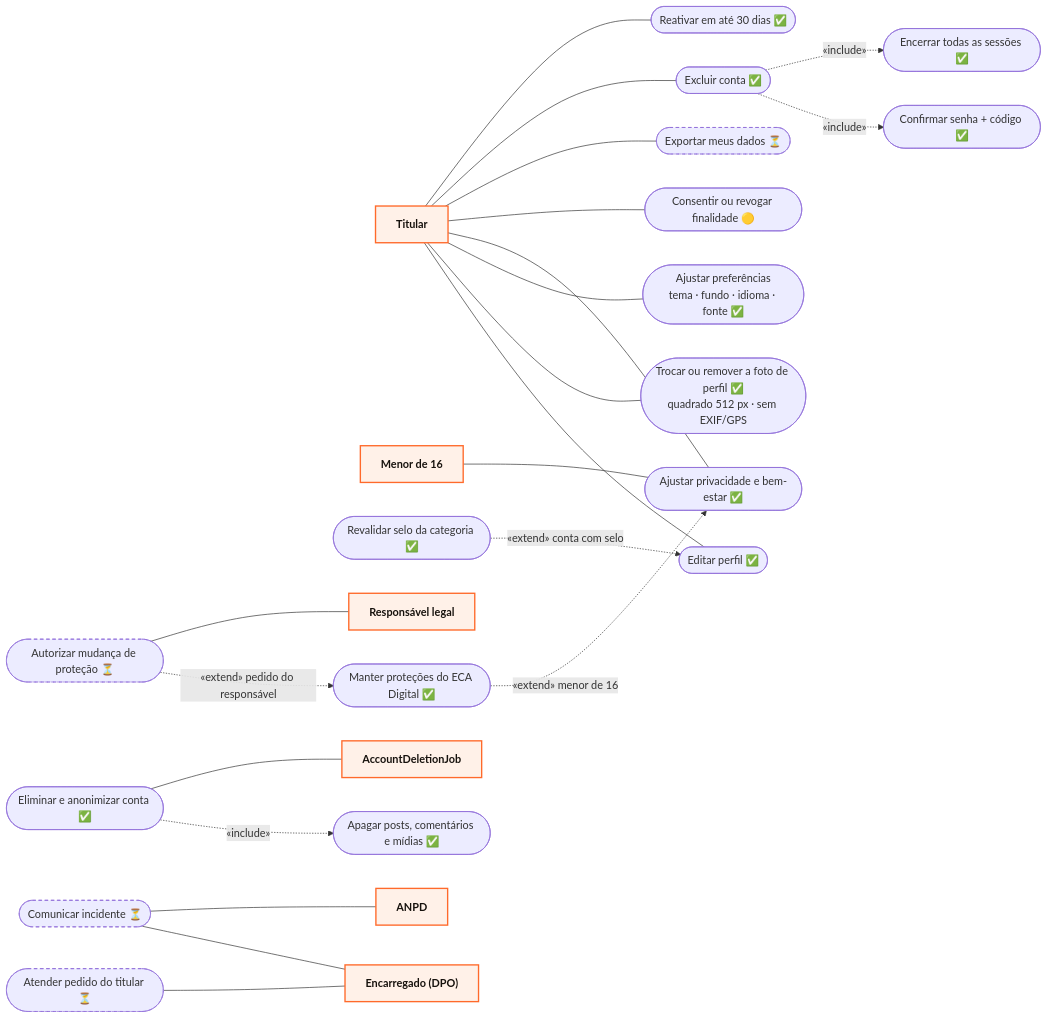
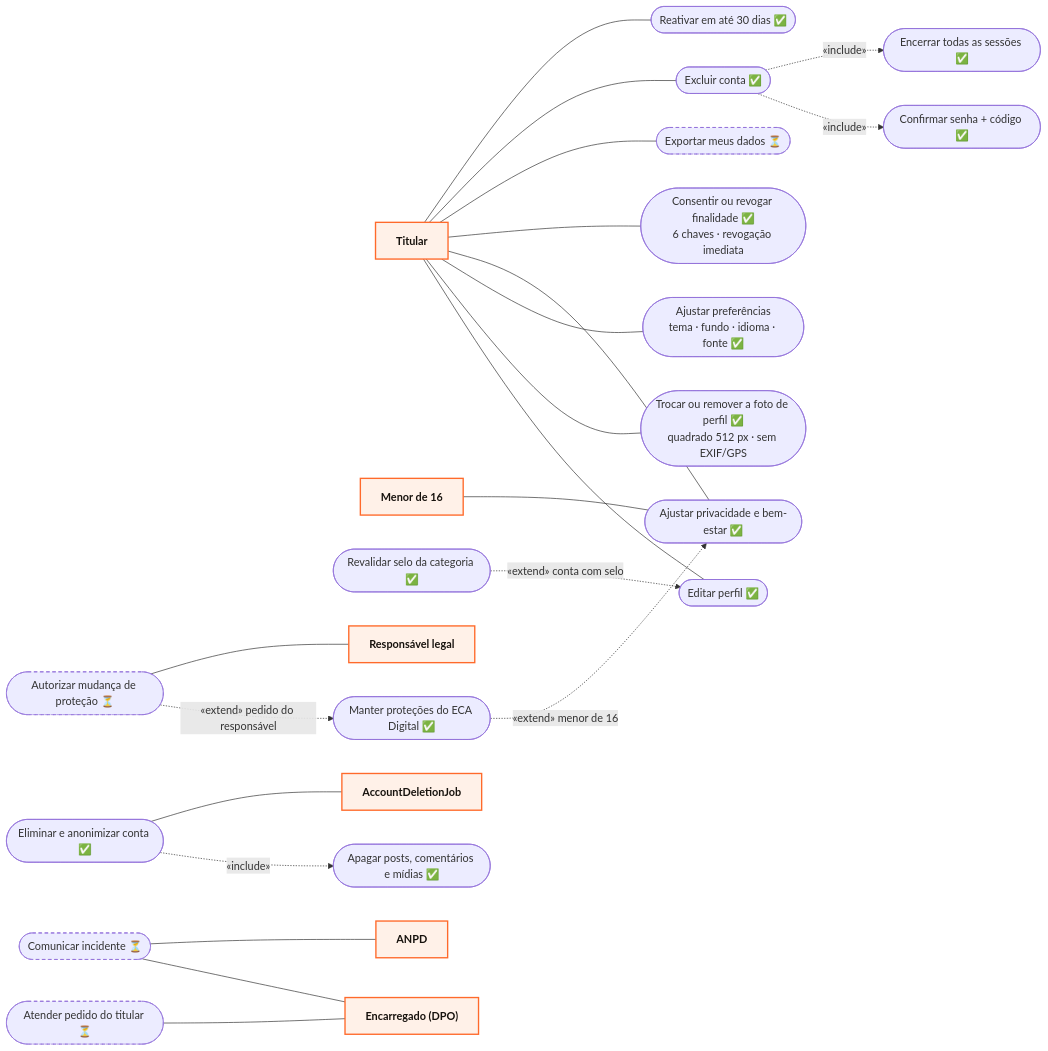
Before and after one commit to MatheusHaliski/orange_social_velion: the fourth of 7 diagrams in docs/DIAGRAMA_CASOS_DE_USO.md, drawn with Mermaid. The commit also changed other lines of this file and 14 other files, not shown here.

First line of the commit message:
RF3: API de consentimentos com revogação imediata e trava por idade (OS-40, OS-41)

````diff
--- a/docs/DIAGRAMA_CASOS_DE_USO.md
+++ b/docs/DIAGRAMA_CASOS_DE_USO.md
@@ -149,45 +149,45 @@
 ```mermaid
 flowchart LR
     TIT["Titular"]:::actor
     MEN["Menor de 16"]:::actor
 
     PERF(["Editar perfil ✅"])
     FOTO(["Trocar ou remover a foto de perfil ✅<br/>quadrado 512 px · sem EXIF/GPS"])
     PREF(["Ajustar preferências<br/>tema · fundo · idioma · fonte ✅"])
     PRIV(["Ajustar privacidade e bem-estar ✅"])
-    CONS(["Consentir ou revogar finalidade 🟡"])
+    CONS(["Consentir ou revogar finalidade ✅<br/>6 chaves · revogação imediata"])
     EXP(["Exportar meus dados ⏳"]):::planned
     EXC(["Excluir conta ✅"])
     REAT(["Reativar em até 30 dias ✅"])
     SELO(["Revalidar selo da categoria ✅"])
     TRAV(["Manter proteções do ECA Digital ✅"])
     AUT(["Autorizar mudança de proteção ⏳"]):::planned
     SUDO(["Confirmar senha + código ✅"])
     FIM(["Encerrar todas as sessões ✅"])
     ELIM(["Eliminar e anonimizar conta ✅"])
     APAG(["Apagar posts, comentários e mídias ✅"])
     PED(["Atender pedido do titular ⏳"]):::planned
     INC(["Comunicar incidente ⏳"]):::planned
 
     RESP["Responsável legal"]:::actor
     JOB["AccountDeletionJob"]:::actor
     ENC["Encarregado (DPO)"]:::actor
     ANPD["ANPD"]:::actor
 
     TIT --- PERF & FOTO & PREF & PRIV & CONS & EXP & EXC & REAT
     MEN --- PRIV
     SELO -. «extend» conta com selo .-> PERF
     TRAV -. «extend» menor de 16 .-> PRIV
     AUT -. «extend» pedido do responsável .-> TRAV
     EXC -. «include» .-> SUDO
     EXC -. «include» .-> FIM
     ELIM -. «include» .-> APAG
     AUT --- RESP
     ELIM --- JOB
     PED --- ENC
     INC --- ENC
     INC --- ANPD
 
     classDef actor fill:#FFF1E8,stroke:#FF6A2B,stroke-width:2px,color:#17120D,font-weight:bold
     classDef planned stroke-dasharray:5 4
 ```
````
